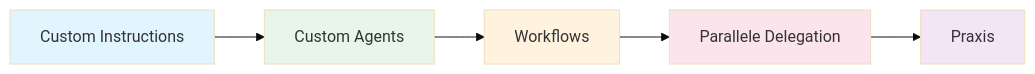
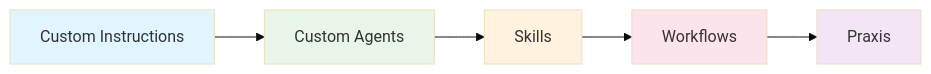
Before and after one commit to ukondert/learn-resources-syp_sem-5: the second of 6 diagrams in created-resources/learning-scripts/ai-assisted-sw-devlopment/ai-assisted-development.md, drawn with Mermaid (base theme). The commit also changed other lines of this file and 1 other file, not shown here.

````diff
--- a/created-resources/learning-scripts/ai-assisted-sw-devlopment/ai-assisted-development.md
+++ b/created-resources/learning-scripts/ai-assisted-sw-devlopment/ai-assisted-development.md
@@ -265,13 +283,13 @@
 ```mermaid
 graph LR
     A[Custom Instructions] --> B[Custom Agents]
-    B --> C[Workflows]
-    C --> D[Parallele Delegation]
-    D --> E[Praxis]
+  B --> C[Skills]
+  C --> D[Workflows]
+  D --> E[Praxis]
     
     style A fill:#e1f5fe
     style B fill:#e8f5e9
     style C fill:#fff3e0
     style D fill:#fce4ec
     style E fill:#f3e5f5
 ```
````
